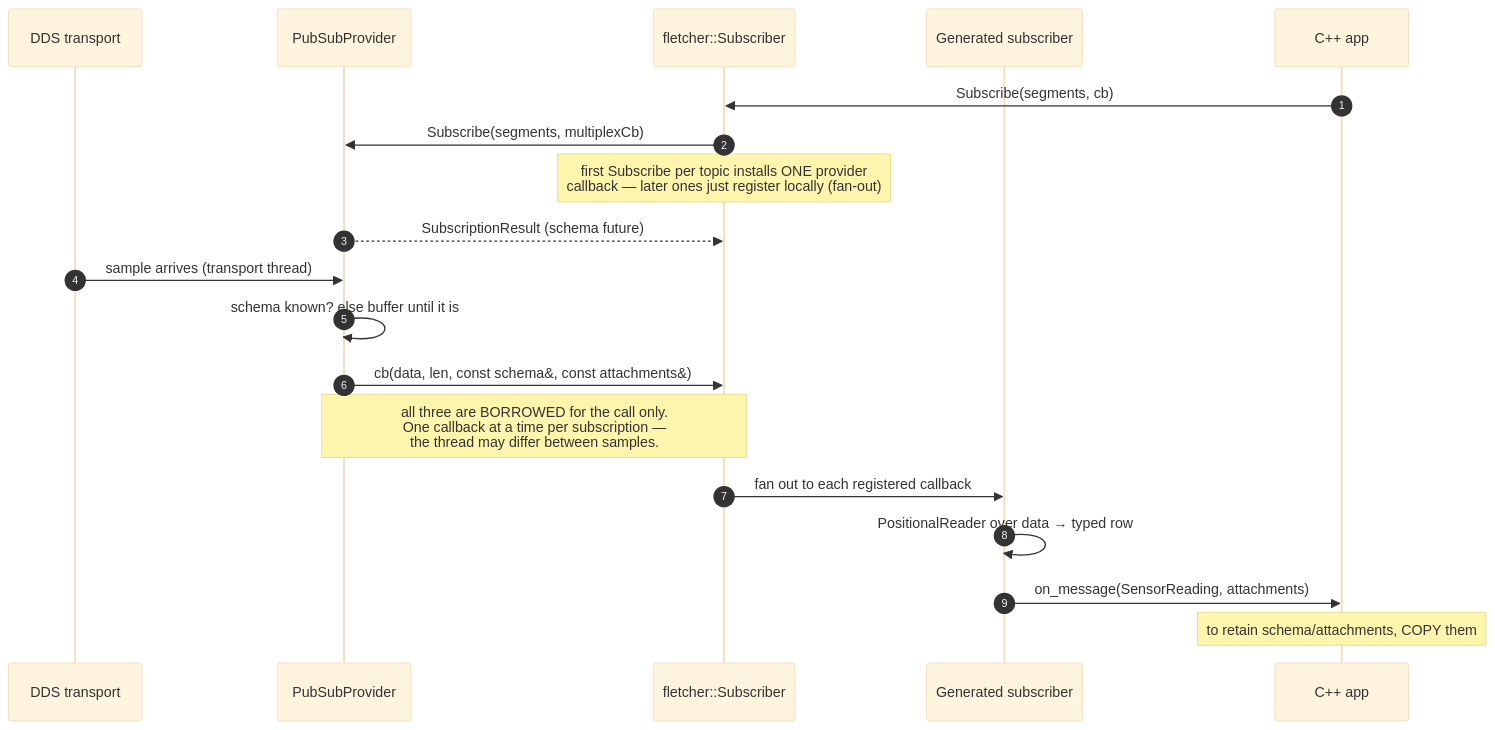
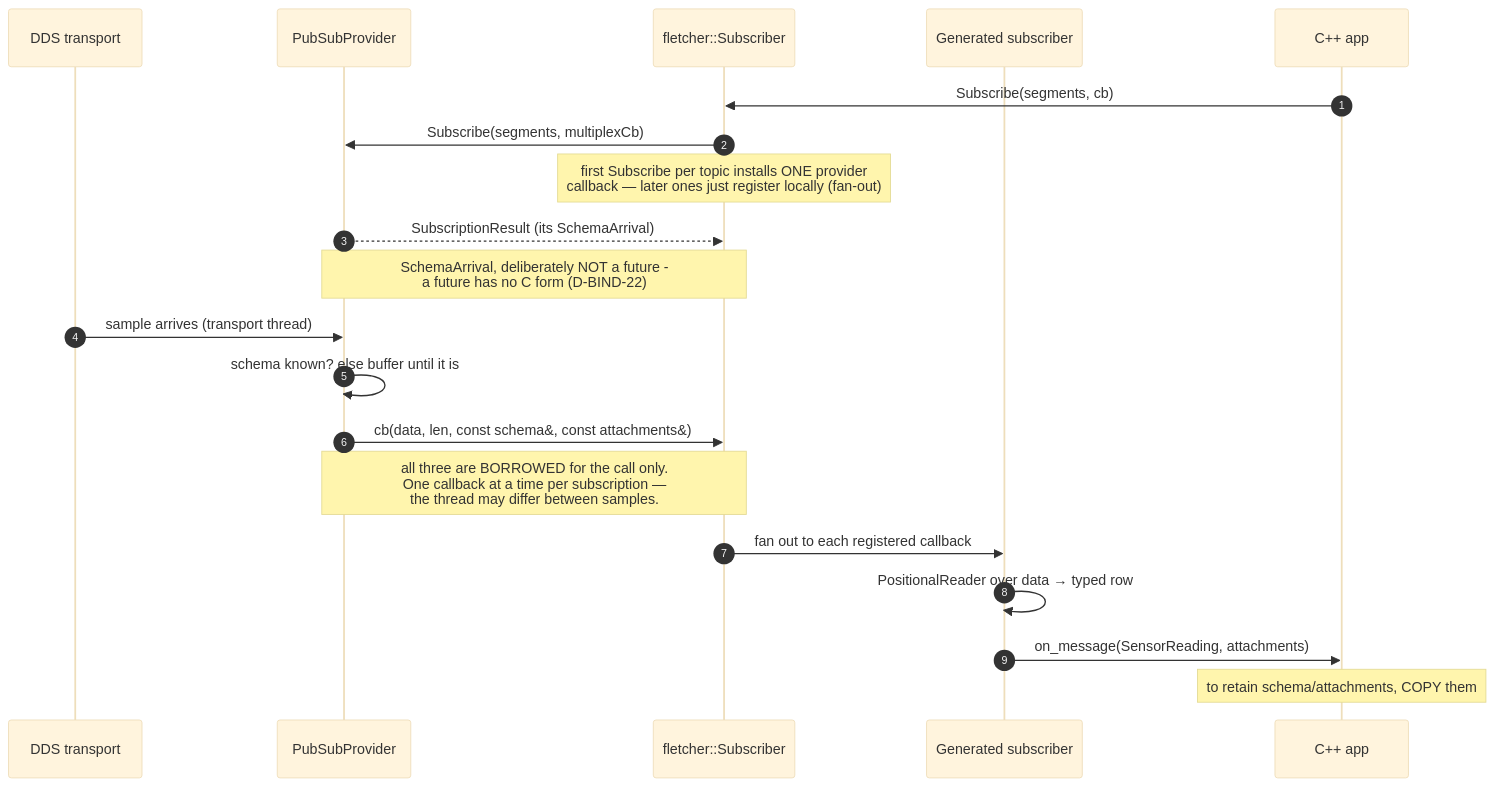
Before and after one commit to eivacom/Fletcher: the fifth of 12 diagrams in plans/BIND-architecture-diagrams.md, drawn with Mermaid (base theme). The commit also changed other lines of this file, not shown here.

````diff
--- a/plans/BIND-architecture-diagrams.md
+++ b/plans/BIND-architecture-diagrams.md
@@ -396,23 +433,24 @@
 ```mermaid
 sequenceDiagram
     autonumber
     participant Net as DDS transport
     participant Prov as PubSubProvider
     participant Sub as fletcher::Subscriber
     participant Gen as Generated subscriber
     participant App as C++ app
 
     App->>Sub: Subscribe(segments, cb)
     Sub->>Prov: Subscribe(segments, multiplexCb)
     Note over Sub: first Subscribe per topic installs ONE provider<br/>callback — later ones just register locally (fan-out)
-    Prov-->>Sub: SubscriptionResult (schema future)
+    Prov-->>Sub: SubscriptionResult (its SchemaArrival)
+    Note over Prov,Sub: SchemaArrival, deliberately NOT a future -<br/>a future has no C form (D-BIND-22)
 
     Net->>Prov: sample arrives (transport thread)
     Prov->>Prov: schema known? else buffer until it is
     Prov->>Sub: cb(data, len, const schema&, const attachments&)
     Note over Prov,Sub: all three are BORROWED for the call only.<br/>One callback at a time per subscription —<br/>the thread may differ between samples.
     Sub->>Gen: fan out to each registered callback
     Gen->>Gen: PositionalReader over data → typed row
     Gen->>App: on_message(SensorReading, attachments)
     Note over App: to retain schema/attachments, COPY them
 ```
````
